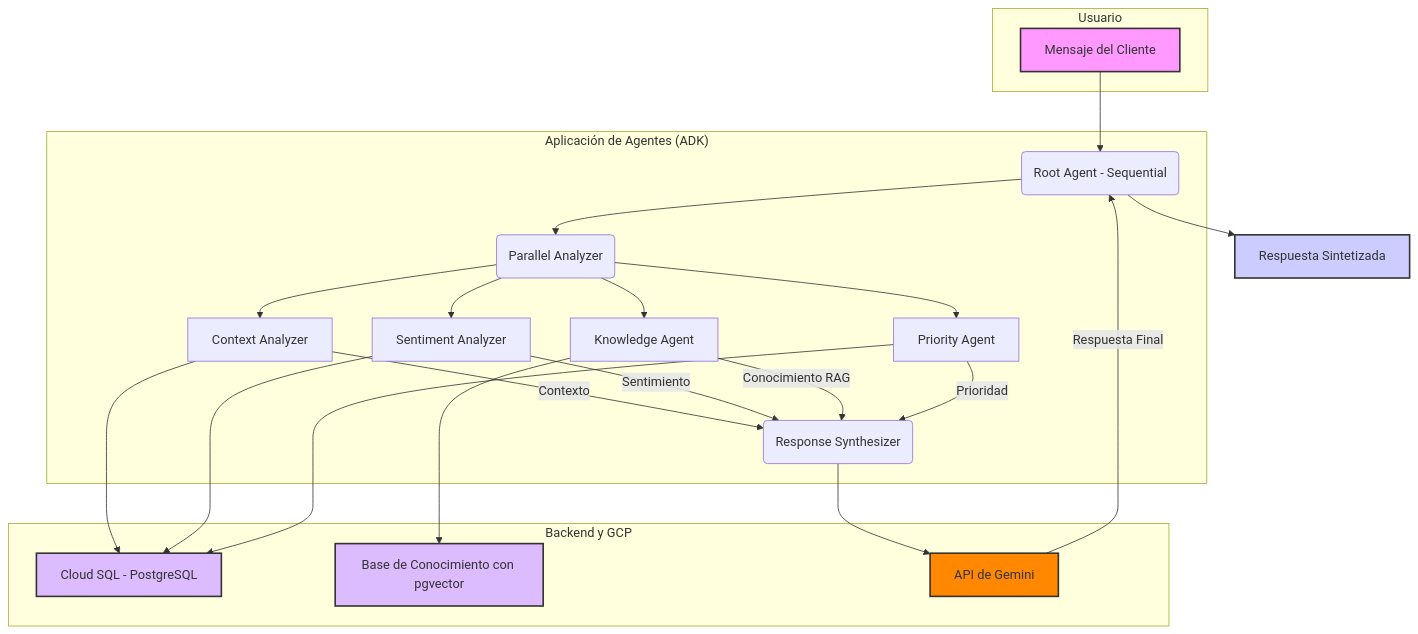
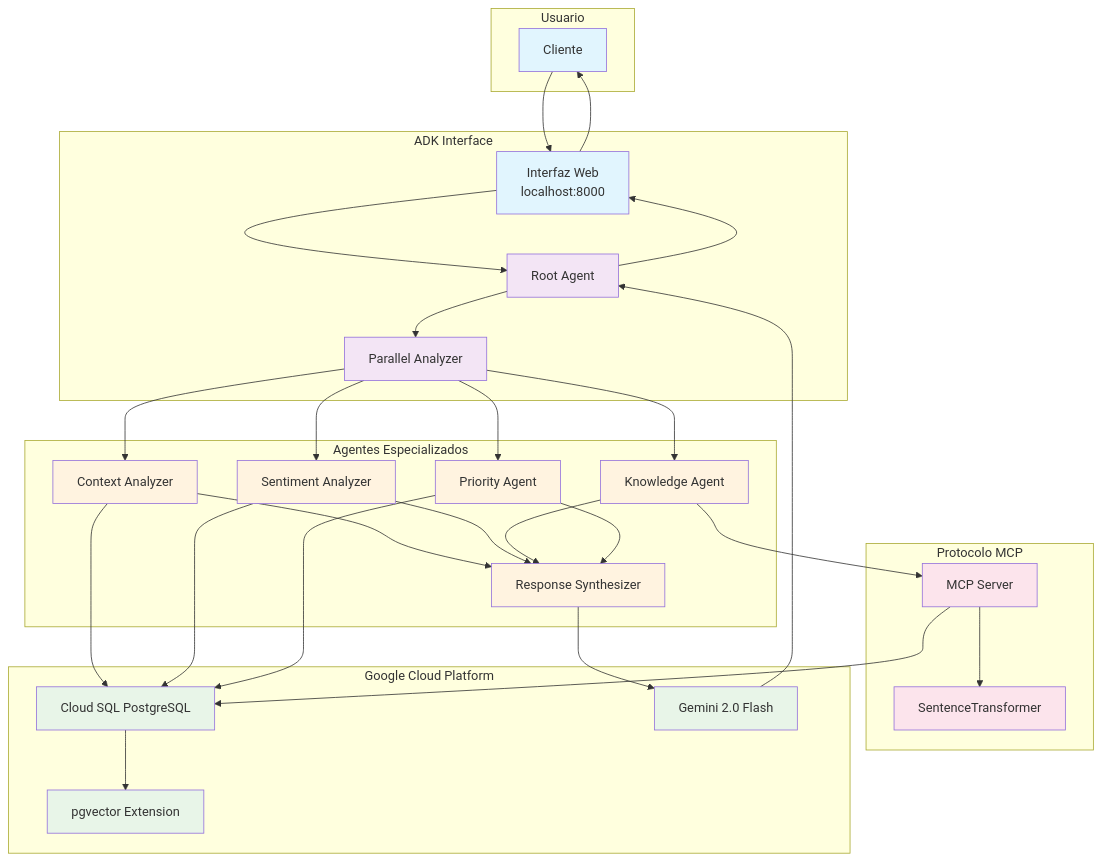
The diagram in README.md (diegofcortesv/tfm-agentes-autonomos), drawn with Mermaid before and after one commit. The commit also changed other lines of this file and 8 other files, not shown here.

Commit message:
Se implementó MCP en el knowledge_agent

````diff
--- a/README.md
+++ b/README.md
@@ -48,49 +25,71 @@
 ```mermaid
-graph TD
+graph TB
     subgraph "Usuario"
-        A[Mensaje del Cliente]
+        U[Cliente]
     end
-
-    subgraph "Aplicación de Agentes (ADK)"
-        B(Root Agent - Sequential)
-        C(Parallel Analyzer)
-        D[Context Analyzer]
-        E[Sentiment Analyzer]
-        F[Knowledge Agent]
-        G[Priority Agent]
-        H(Response Synthesizer)
+    
+    subgraph "ADK Interface"
+        WEB[Interfaz Web<br/>localhost:8000]
+        ROOT[Root Agent]
+        PARALLEL[Parallel Analyzer]
     end
-
-    subgraph "Backend y GCP"
-        I[Cloud SQL - PostgreSQL]
-        J[Base de Conocimiento con pgvector]
-        K[API de Gemini]
+    
+    subgraph "Agentes Especializados"
+        CTX[Context Analyzer]
+        SENT[Sentiment Analyzer] 
+        KNOW[Knowledge Agent]
+        PRIO[Priority Agent]
+        SYNTH[Response Synthesizer]
     end
-
-    A --> B
-    B --> C
-    C --> D
-    C --> E
-    C --> F
-    C --> G
     
-    D --> I
-    E --> I
-    F --> J
-    G --> I
-
-    D -- Contexto --> H
-    E -- Sentimiento --> H
-    F -- Conocimiento RAG --> H
-    G -- Prioridad --> H
+    subgraph "Protocolo MCP"
+        MCP[MCP Server]
+        EMBEDDING[SentenceTransformer]
+    end
     
-    H --> K
-    K -- Respuesta Final --> B
-    B --> L[Respuesta Sintetizada]
-
-    style A fill:#f9f,stroke:#333,stroke-width:2px
-    style L fill:#ccf,stroke:#333,stroke-width:2px
-    style I fill:#dbf,stroke:#333,stroke-width:2px
-    style J fill:#dbf,stroke:#333,stroke-width:2px
-    style K fill:#f80,stroke:#333,stroke-width:2px
+    subgraph "Google Cloud Platform"
+        POSTGRES[Cloud SQL PostgreSQL]
+        PGVECTOR[pgvector Extension]
+        GEMINI[Gemini 2.0 Flash]
+    end
+    
+    U --> WEB
+    WEB --> ROOT
+    ROOT --> PARALLEL
+    
+    PARALLEL --> CTX
+    PARALLEL --> SENT
+    PARALLEL --> KNOW
+    PARALLEL --> PRIO
+    
+    CTX --> POSTGRES
+    SENT --> POSTGRES
+    PRIO --> POSTGRES
+    
+    KNOW --> MCP
+    MCP --> EMBEDDING
+    MCP --> POSTGRES
+    POSTGRES --> PGVECTOR
+    
+    CTX --> SYNTH
+    SENT --> SYNTH
+    KNOW --> SYNTH
+    PRIO --> SYNTH
+    
+    SYNTH --> GEMINI
+    GEMINI --> ROOT
+    ROOT --> WEB
+    WEB --> U
+    
+    classDef user fill:#e1f5fe
+    classDef adk fill:#f3e5f5
+    classDef agent fill:#fff3e0
+    classDef mcp fill:#fce4ec
+    classDef gcp fill:#e8f5e8
+    
+    class U,WEB user
+    class ROOT,PARALLEL adk
+    class CTX,SENT,KNOW,PRIO,SYNTH agent
+    class MCP,EMBEDDING mcp
+    class POSTGRES,PGVECTOR,GEMINI gcp
 ```
````
